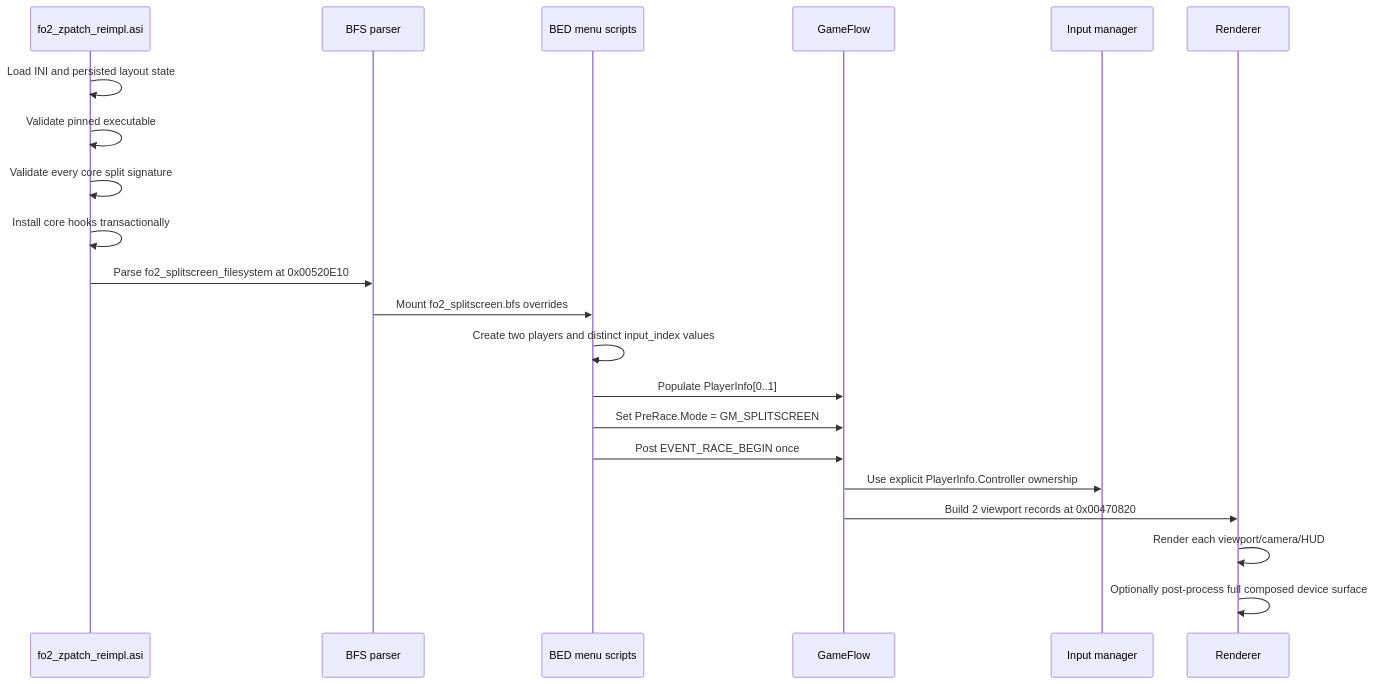
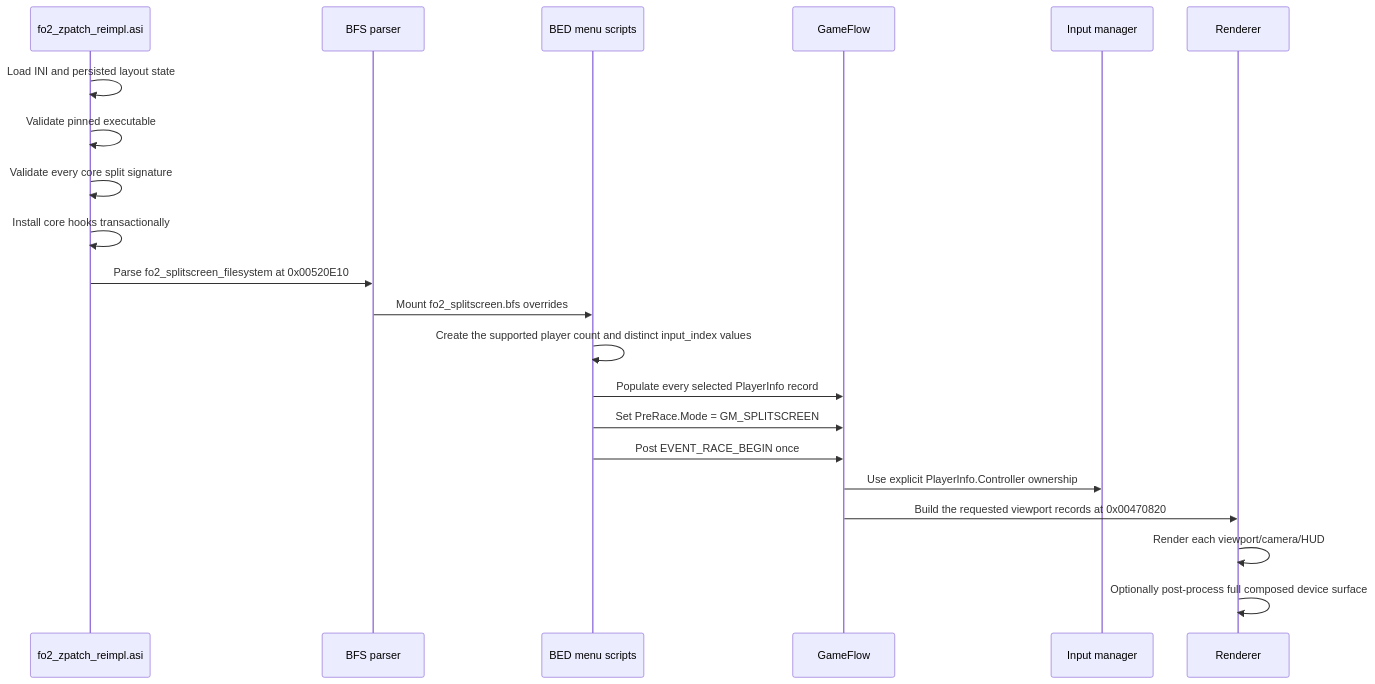
The second of 3 diagrams in docs/SPLITSCREEN_ARCHITECTURE.md (xob0t/fo2_mods), drawn with Mermaid before and after one commit. The commit also changed other lines of this file and 5 other files, not shown here.

````diff
--- a/docs/SPLITSCREEN_ARCHITECTURE.md
+++ b/docs/SPLITSCREEN_ARCHITECTURE.md
@@ -48,24 +50,24 @@
 ```mermaid
 sequenceDiagram
     participant DLL as fo2_zpatch_reimpl.asi
     participant FS as BFS parser
     participant UI as BED menu scripts
     participant GF as GameFlow
     participant IN as Input manager
     participant R as Renderer
 
     DLL->>DLL: Load INI and persisted layout state
     DLL->>DLL: Validate pinned executable
     DLL->>DLL: Validate every core split signature
     DLL->>DLL: Install core hooks transactionally
     DLL->>FS: Parse fo2_splitscreen_filesystem at 0x00520E10
     FS->>UI: Mount fo2_splitscreen.bfs overrides
-    UI->>UI: Create two players and distinct input_index values
-    UI->>GF: Populate PlayerInfo[0..1]
+    UI->>UI: Create the supported player count and distinct input_index values
+    UI->>GF: Populate every selected PlayerInfo record
     UI->>GF: Set PreRace.Mode = GM_SPLITSCREEN
     UI->>GF: Post EVENT_RACE_BEGIN once
     GF->>IN: Use explicit PlayerInfo.Controller ownership
-    GF->>R: Build 2 viewport records at 0x00470820
+    GF->>R: Build the requested viewport records at 0x00470820
     R->>R: Render each viewport/camera/HUD
     R->>R: Optionally post-process full composed device surface
 ```
````
